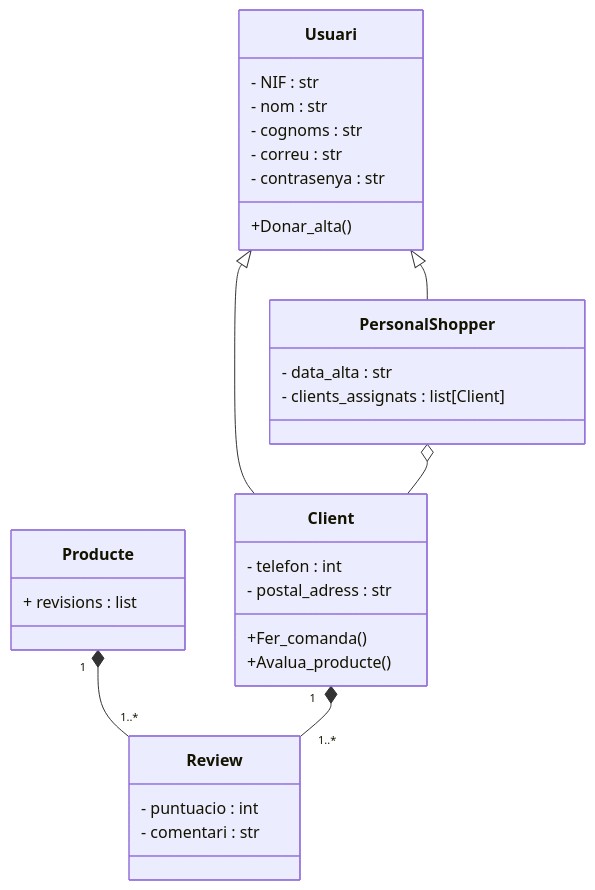
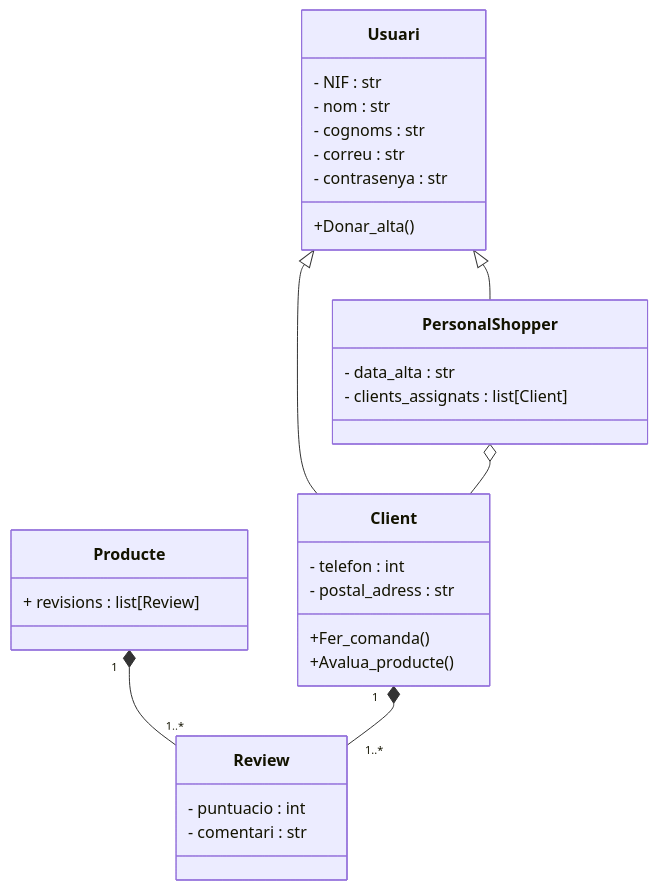
One commit to NIU1638962/EP_Projecte changed the diagram in Exercici 9/Diagrama_classes_usuaris.mmd. Above: the diagram before and after it, drawn with Mermaid.

```diff
--- a/Exercici 9/Diagrama_classes_usuaris.mmd
+++ b/Exercici 9/Diagrama_classes_usuaris.mmd
@@ -1,38 +1,38 @@
 ---
 Title: Diagrama classes Usuaris
 ---
 
 classDiagram
     class Usuari {
         - NIF : str
         - nom : str
         - cognoms : str
         - correu : str
         - contrasenya : str
     }
     class Client{
         - telefon : int
         - postal_adress : str
     }
     class PersonalShopper{
         - data_alta : str
         - clients_assignats : list[Client]
     }
     class Review{
         - puntuacio : int
         - comentari : str
     }
     %%Canvis de la classe Producte de l'exercici anterior: se li ha afegit l'atribut "revisions"
     class Producte{
-        + revisions : list 
+        + revisions : list[Review]
     }
     
     Usuari <|-- PersonalShopper
     Usuari <|-- Client
     PersonalShopper o-- Client  
     Producte "1" *-- "1..*"Review
     Client "1" *-- "1..*"Review
     
     Usuari: +Donar_alta()
     Client: +Fer_comanda()
     Client: +Avalua_producte()
```
